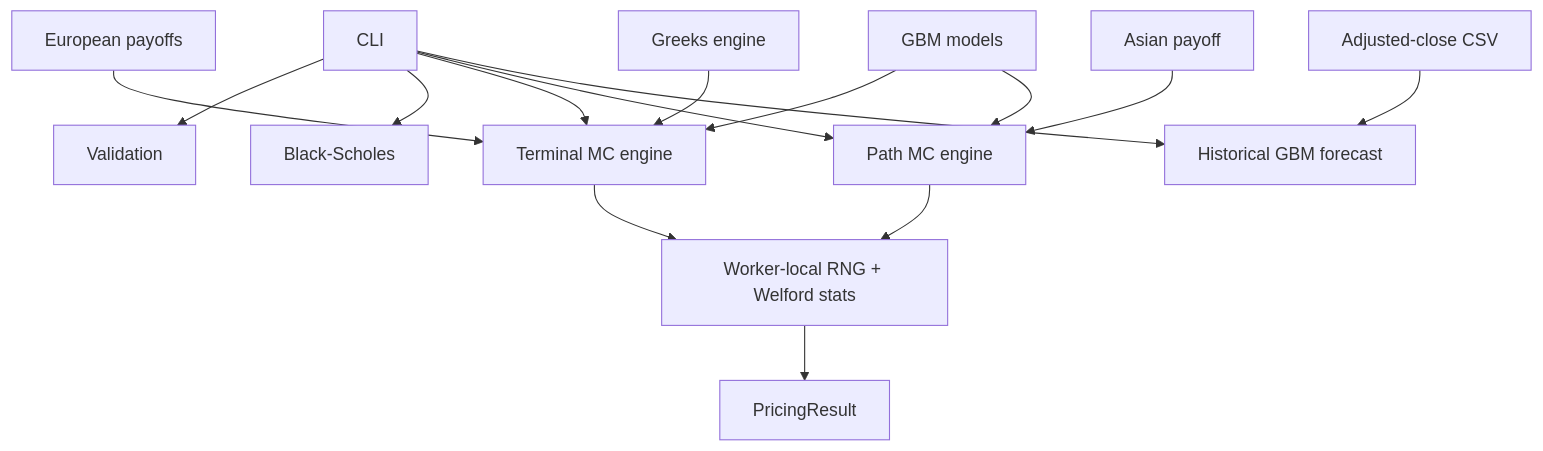
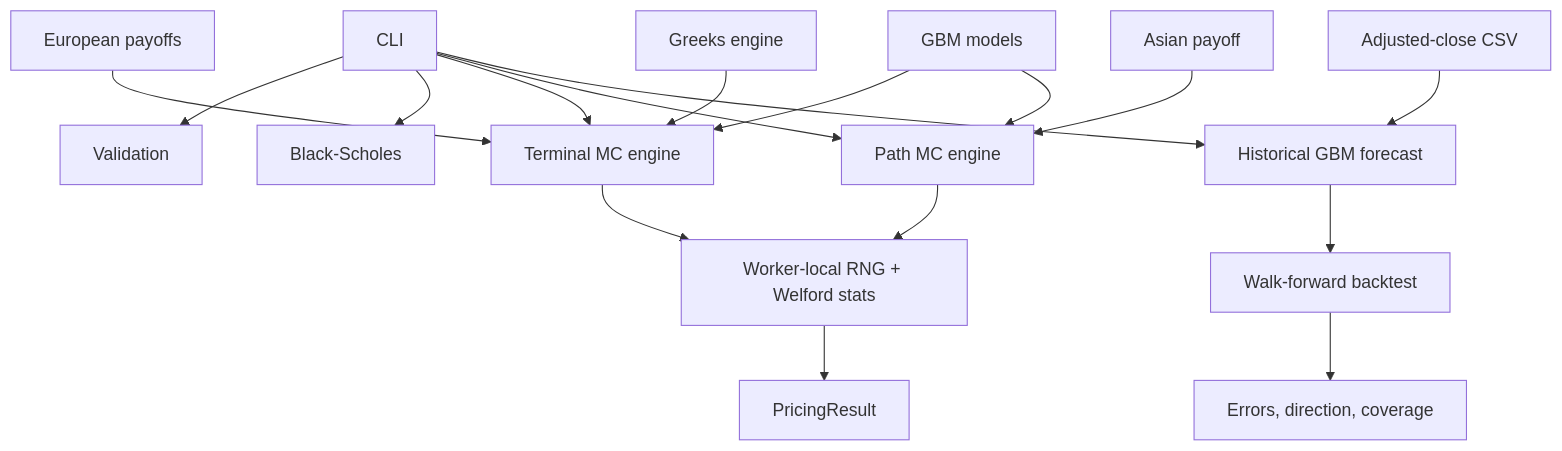
One commit to ZayaanB/MC-Options-Engine changed the diagram in docs/architecture.md. Above: the diagram before and after it, drawn with Mermaid. The commit also changed other lines of this file and 10 other files, not shown here.

Commit message:
feat: add walk-forward forecast backtesting

````diff
--- a/docs/architecture.md
+++ b/docs/architecture.md
@@ -7,17 +7,19 @@
 ```mermaid
 flowchart TD
     APP[CLI] --> VALIDATE[Validation]
     APP --> ANALYTICAL[Black-Scholes]
     APP --> TERMINAL[Terminal MC engine]
     APP --> PATH[Path MC engine]
     APP --> FORECAST[Historical GBM forecast]
     CSV[Adjusted-close CSV] --> FORECAST
+    FORECAST --> BACKTEST[Walk-forward backtest]
+    BACKTEST --> METRICS[Errors, direction, coverage]
     EURO[European payoffs] --> TERMINAL
     ASIAN[Asian payoff] --> PATH
     MODEL[GBM models] --> TERMINAL
     MODEL --> PATH
     TERMINAL --> WORKERS[Worker-local RNG + Welford stats]
     PATH --> WORKERS
     WORKERS --> RESULT[PricingResult]
     GREEKS[Greeks engine] --> TERMINAL
 ```
````
